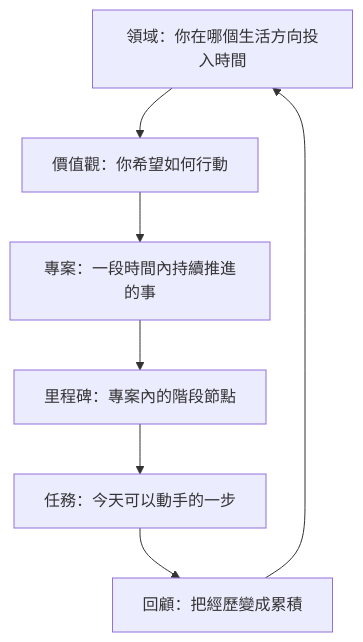
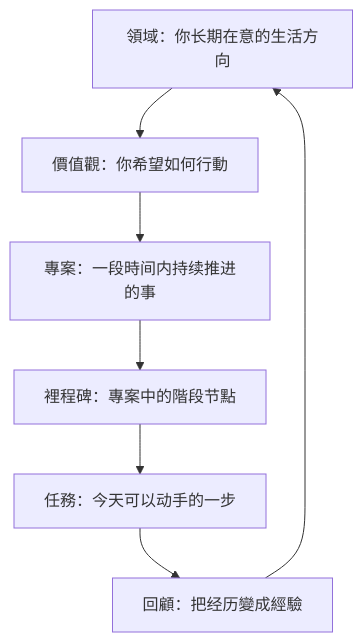
Before and after one commit to granoflow/granoflow-docs: the diagram in manual/docs/zh-tw/value-to-action/from-domain-to-task.md, drawn with Mermaid. The commit also changed other lines of this file and 70 other files, not shown here.

````diff
--- a/manual/docs/zh-tw/value-to-action/from-domain-to-task.md
+++ b/manual/docs/zh-tw/value-to-action/from-domain-to-task.md
@@ -14,9 +23,9 @@
 ```mermaid
 graph TD
-  A[領域：你在哪個生活方向投入時間] --> B[價值觀：你希望如何行動]
-  B --> C[專案：一段時間內持續推進的事]
-  C --> D[里程碑：專案內的階段節點]
-  D --> E[任務：今天可以動手的一步]
-  E --> F[回顧：把經歷變成累積]
+  A[領域：你长期在意的生活方向] --> B[價值觀：你希望如何行動]
+  B --> C[專案：一段時间内持续推进的事]
+  C --> D[裡程碑：專案中的階段节點]
+  D --> E[任務：今天可以动手的一步]
+  E --> F[回顧：把经历變成經驗]
   F --> A
 ```
````
